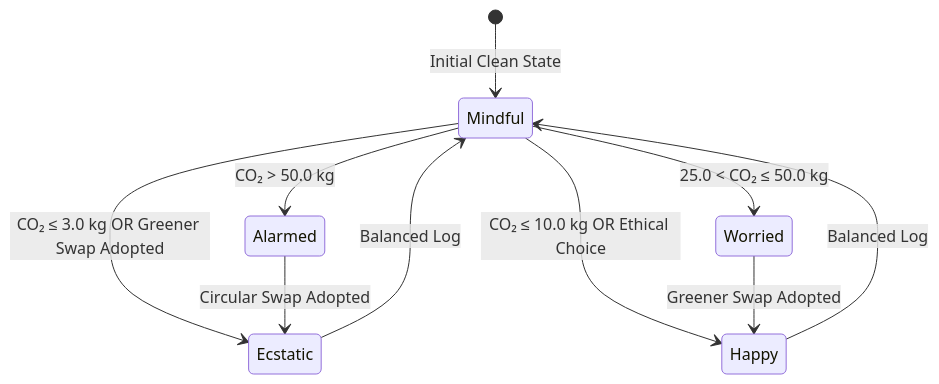
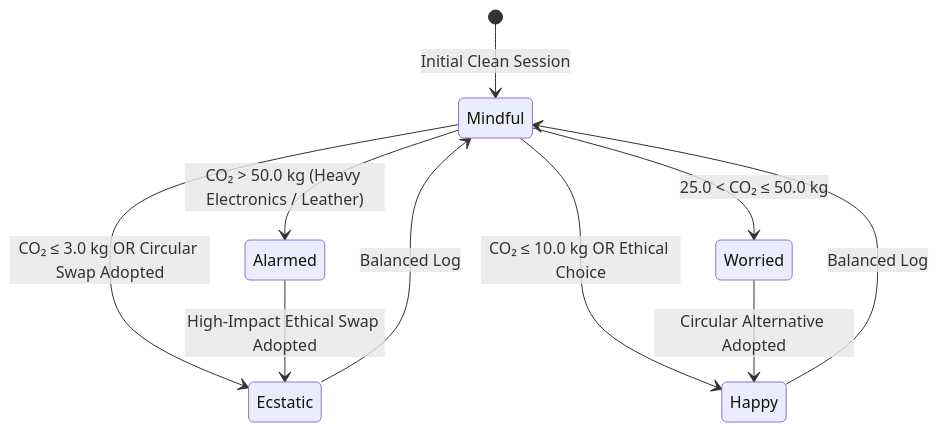
The fifth of 7 diagrams in README.md (parthibcpana/IDAI102-1000544-PARTH-PARVINBHAI-GAJERA-SA), drawn with Mermaid before and after one commit. The commit also changed other lines of this file and 3 other files, not shown here.

Commit message:
docs(SA): elevate documentation with centered layout, rich diagrams, and screenshot gallery

````diff
--- a/README.md
+++ b/README.md
@@ -195,14 +267,14 @@
 ```mermaid
 stateDiagram-v2
-    [*] --> Mindful: Initial Clean State
+    [*] --> Mindful: Initial Clean Session
     
-    Mindful --> Ecstatic: CO₂ ≤ 3.0 kg OR Greener Swap Adopted
+    Mindful --> Ecstatic: CO₂ ≤ 3.0 kg OR Circular Swap Adopted
     Mindful --> Happy: CO₂ ≤ 10.0 kg OR Ethical Choice
     Mindful --> Worried: 25.0 < CO₂ ≤ 50.0 kg
-    Mindful --> Alarmed: CO₂ > 50.0 kg
+    Mindful --> Alarmed: CO₂ > 50.0 kg (Heavy Electronics / Leather)
     
     Ecstatic --> Mindful: Balanced Log
     Happy --> Mindful: Balanced Log
-    Worried --> Happy: Greener Swap Adopted
-    Alarmed --> Ecstatic: Circular Swap Adopted
+    Worried --> Happy: Circular Alternative Adopted
+    Alarmed --> Ecstatic: High-Impact Ethical Swap Adopted
 ```
````
